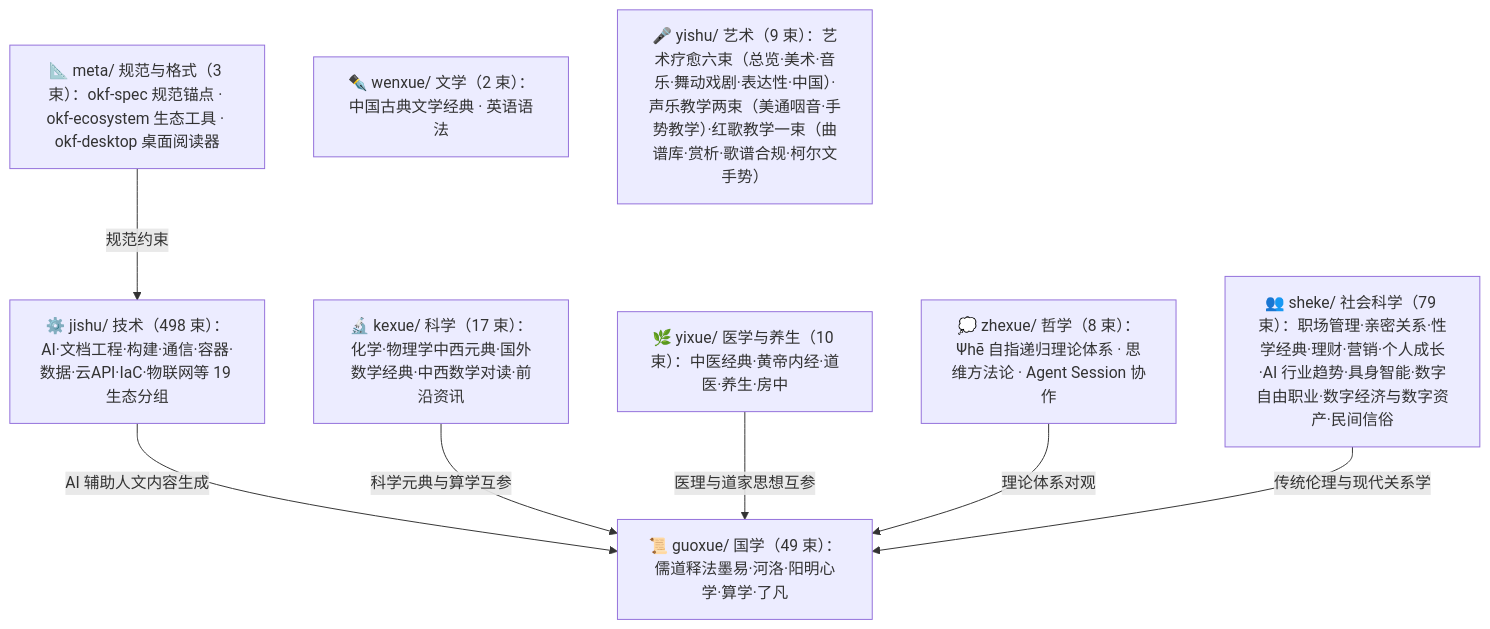
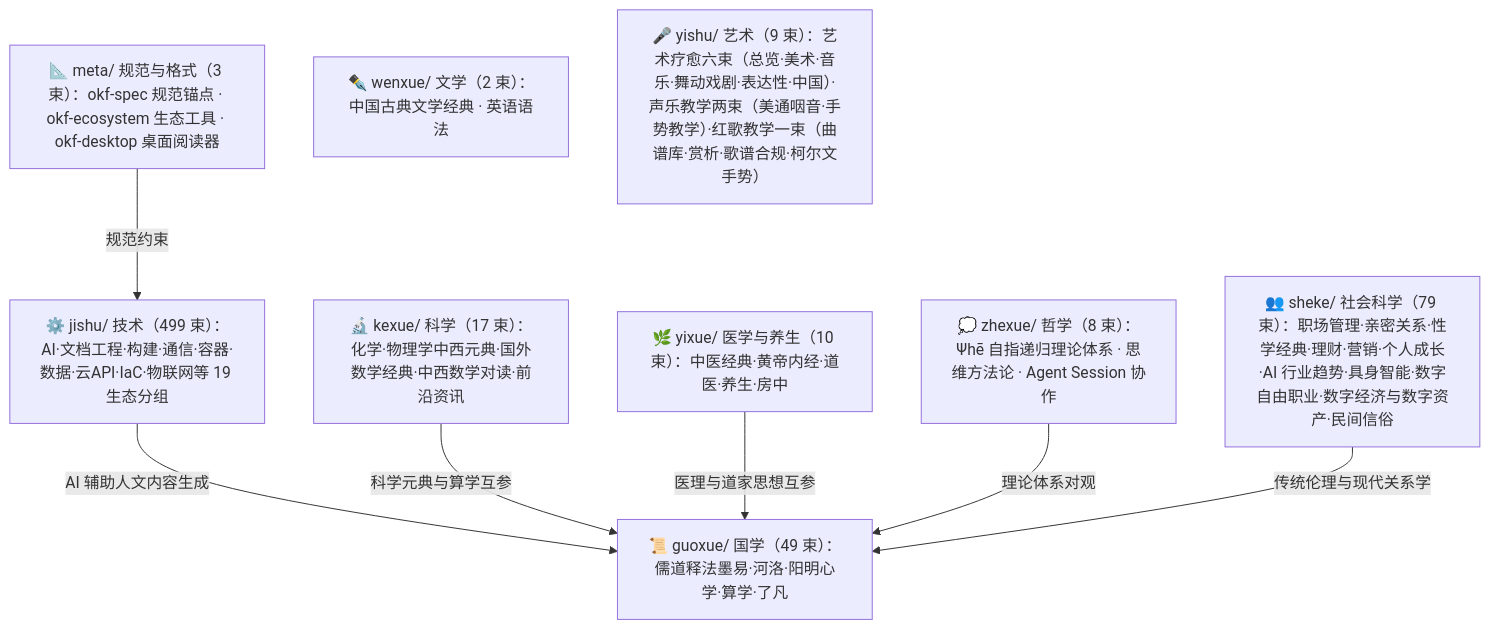
The diagram in doc/bundles/index.md (awesome-flexloop/awesome-okf), drawn with Mermaid before and after one commit. The commit also changed other lines of this file and 32 other files, not shown here.

````diff
--- a/doc/bundles/index.md
+++ b/doc/bundles/index.md
@@ -21,18 +21,18 @@
 ```mermaid
 flowchart TD
     meta["📐 meta/ 规范与格式（3 束）：okf-spec 规范锚点 · okf-ecosystem 生态工具 · okf-desktop 桌面阅读器"]
     guoxue["📜 guoxue/ 国学（49 束）：儒道释法墨易·河洛·阳明心学·算学·了凡"]
     zhexue["💭 zhexue/ 哲学（8 束）：Ψhē 自指递归理论体系 · 思维方法论 · Agent Session 协作"]
     kexue["🔬 kexue/ 科学（17 束）：化学·物理学中西元典·国外数学经典·中西数学对读·前沿资讯"]
     wenxue["✒️ wenxue/ 文学（2 束）：中国古典文学经典 · 英语语法"]
     yixue["🌿 yixue/ 医学与养生（10 束）：中医经典·黄帝内经·道医·养生·房中"]
     sheke["👥 sheke/ 社会科学（79 束）：职场管理·亲密关系·性学经典·理财·营销·个人成长·AI 行业趋势·具身智能·数字自由职业·数字经济与数字资产·民间信俗"]
     yishu["🎤 yishu/ 艺术（9 束）：艺术疗愈六束（总览·美术·音乐·舞动戏剧·表达性·中国）·声乐教学两束（美通咽音·手势教学）·红歌教学一束（曲谱库·赏析·歌谱合规·柯尔文手势）"]
-    jishu["⚙️ jishu/ 技术（498 束）：AI·文档工程·构建·通信·容器·数据·云API·IaC·物联网等 19 生态分组"]
+    jishu["⚙️ jishu/ 技术（499 束）：AI·文档工程·构建·通信·容器·数据·云API·IaC·物联网等 19 生态分组"]
     meta -->|"规范约束"| jishu
     jishu -->|"AI 辅助人文内容生成"| guoxue
     kexue -->|"科学元典与算学互参"| guoxue
     yixue -->|"医理与道家思想互参"| guoxue
     zhexue -->|"理论体系对观"| guoxue
     sheke -->|"传统伦理与现代关系学"| guoxue
 ```
````
